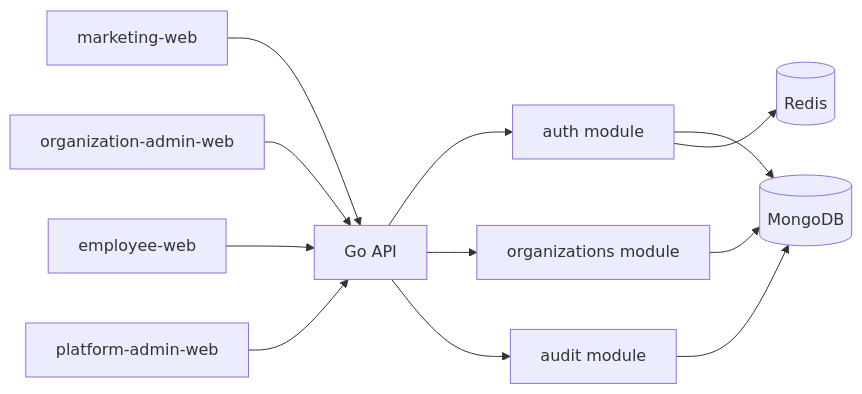
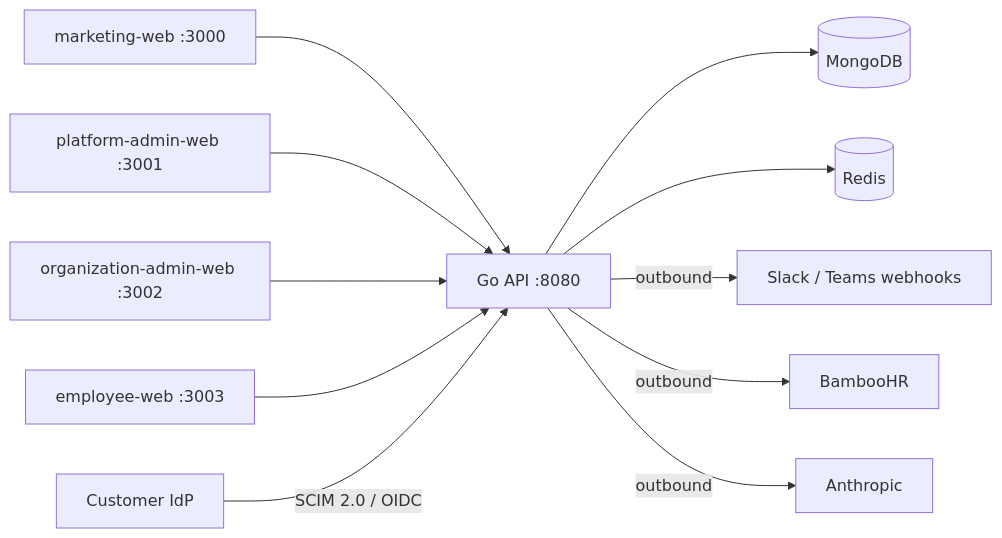
One commit to stanleyHayes/launchpad changed the diagram in docs/architecture/overview.md. Above: the diagram before and after it, drawn with Mermaid. The commit also changed other lines of this file and 505 other files, not shown here.

````diff
--- a/docs/architecture/overview.md
+++ b/docs/architecture/overview.md
@@ -3,14 +8,13 @@
 ```mermaid
 flowchart LR
-  Marketing[marketing-web] --> API[Go API]
-  OrgAdmin[organization-admin-web] --> API
-  Employee[employee-web] --> API
-  Platform[platform-admin-web] --> API
-  API --> Auth[auth module]
-  API --> Orgs[organizations module]
-  API --> Audit[audit module]
-  Auth --> Mongo[(MongoDB)]
-  Orgs --> Mongo
-  Audit --> Mongo
-  Auth --> Redis[(Redis)]
+  Marketing[marketing-web :3000] --> API[Go API :8080]
+  Platform[platform-admin-web :3001] --> API
+  OrgAdmin[organization-admin-web :3002] --> API
+  Employee[employee-web :3003] --> API
+  IdP[Customer IdP] -->|SCIM 2.0 / OIDC| API
+  API --> Mongo[(MongoDB)]
+  API --> Redis[(Redis)]
+  API -->|outbound| Chat[Slack / Teams webhooks]
+  API -->|outbound| HRIS[BambooHR]
+  API -->|outbound| LLM[Anthropic]
 ```
````
